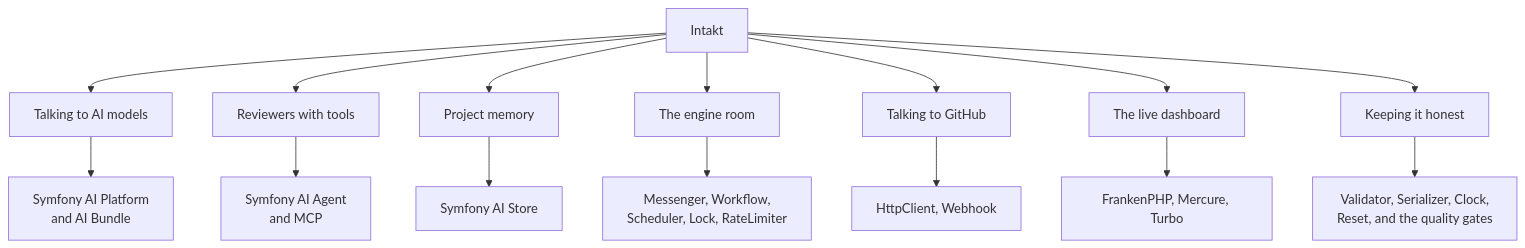
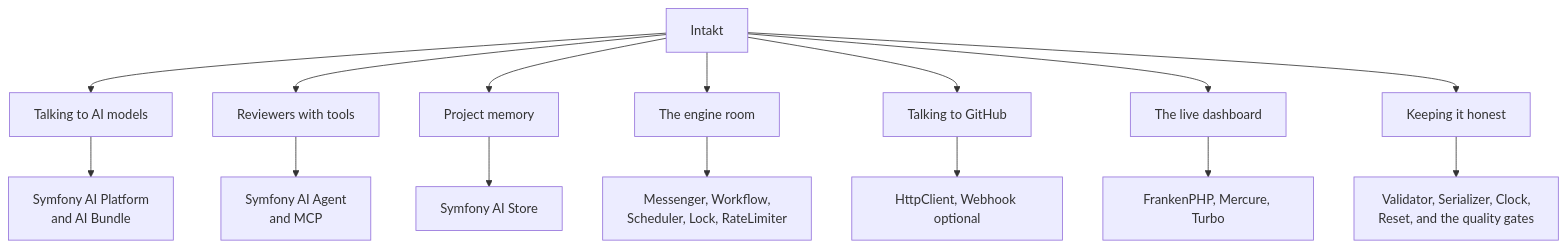
Before and after one commit to shinyredapples/intakt: the first of 4 diagrams in docs/guide/symfony-in-intakt.md, drawn with Mermaid. The commit also changed other lines of this file and 6 other files, not shown here.

````diff
--- a/docs/guide/symfony-in-intakt.md
+++ b/docs/guide/symfony-in-intakt.md
@@ -11,17 +11,17 @@
 ```mermaid
 flowchart TD
   intakt[Intakt] --> talk[Talking to AI models]
   intakt --> agents[Reviewers with tools]
   intakt --> memory[Project memory]
   intakt --> engine[The engine room]
   intakt --> github[Talking to GitHub]
   intakt --> live[The live dashboard]
   intakt --> honest[Keeping it honest]
   talk --> p[Symfony AI Platform<br/>and AI Bundle]
   agents --> a[Symfony AI Agent<br/>and MCP]
   memory --> s[Symfony AI Store]
   engine --> e[Messenger, Workflow,<br/>Scheduler, Lock, RateLimiter]
-  github --> g[HttpClient, Webhook]
+  github --> g[HttpClient, Webhook optional]
   live --> l[FrankenPHP, Mercure, Turbo]
   honest --> h[Validator, Serializer, Clock,<br/>Reset, and the quality gates]
 ```
````
